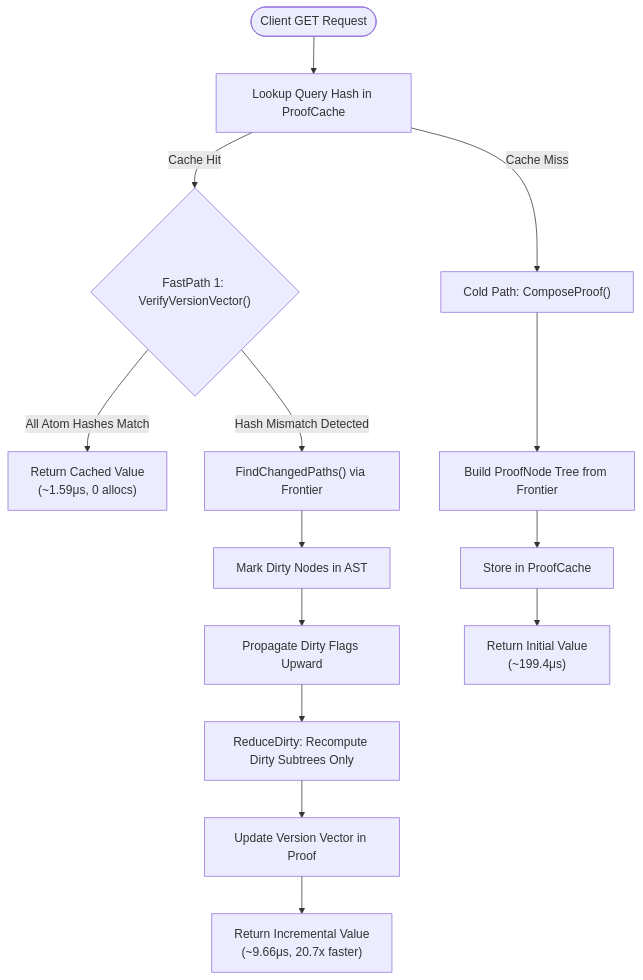
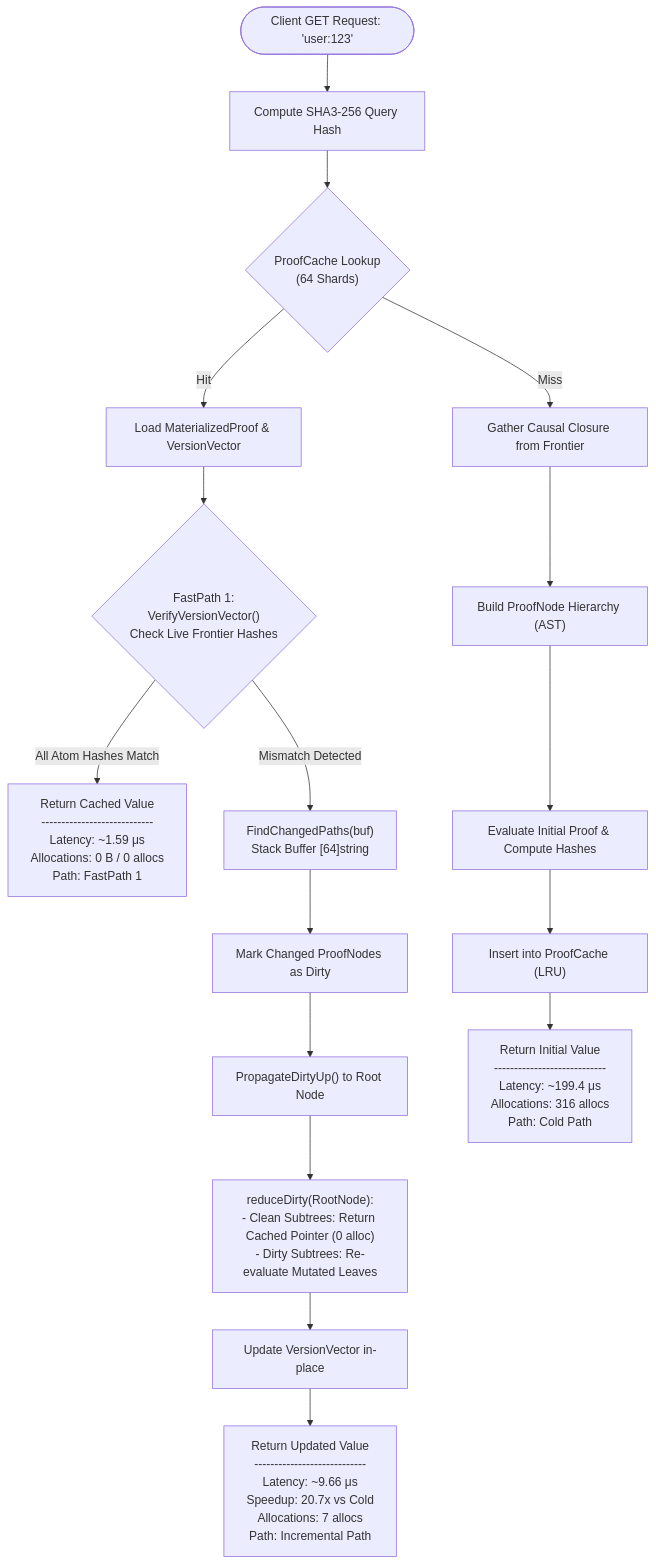
The second of 5 diagrams in SYSTEM_DIAGRAMS.md (tanmayjoddar/wavicle), drawn with Mermaid before and after one commit. The commit also changed other lines of this file and 2 other files, not shown here.

Commit message:
docs: expand deep systems architecture, visual diagrams, and big-brother interview defense playbook

````diff
--- a/SYSTEM_DIAGRAMS.md
+++ b/SYSTEM_DIAGRAMS.md
@@ -48,20 +71,26 @@
 ```mermaid
 flowchart TD
-    Start(["Client GET Request"]) --> LookProof["Lookup Query Hash in ProofCache"]
+    Req(["Client GET Request: 'user:123'"]) --> HashQuery["Compute SHA3-256 Query Hash"]
+    HashQuery --> CheckProof{"ProofCache Lookup\n(64 Shards)"}
+
+    %% Fast Path 1
+    CheckProof -->|Hit| LoadProof["Load MaterializedProof & VersionVector"]
+    LoadProof --> VerifyVV{"FastPath 1:\nVerifyVersionVector()\nCheck Live Frontier Hashes"}
     
-    LookProof -->|Cache Hit| VerifyVV{"FastPath 1: VerifyVersionVector()"}
-    LookProof -->|Cache Miss| ColdCompose["Cold Path: ComposeProof()"]
+    VerifyVV -->|All Atom Hashes Match| ReturnFast["Return Cached Value\n----------------------------\nLatency: ~1.59 μs\nAllocations: 0 B / 0 allocs\nPath: FastPath 1"]
     
-    VerifyVV -->|All Atom Hashes Match| ReturnCached["Return Cached Value\n(~1.59μs, 0 allocs)"]
-    
-    VerifyVV -->|Hash Mismatch Detected| FindChanged["FindChangedPaths() via Frontier"]
-    FindChanged --> MarkDirty["Mark Dirty Nodes in AST"]
-    MarkDirty --> PropagateUp["Propagate Dirty Flags Upward"]
-    PropagateUp --> ReReduce["ReduceDirty: Recompute Dirty Subtrees Only"]
-    ReReduce --> UpdateVV["Update Version Vector in Proof"]
-    UpdateVV --> ReturnFresh["Return Incremental Value\n(~9.66μs, 20.7x faster)"]
-    
-    ColdCompose --> BuildAST["Build ProofNode Tree from Frontier"]
-    BuildAST --> StoreProof["Store in ProofCache"]
-    StoreProof --> ReturnCold["Return Initial Value\n(~199.4μs)"]
+    %% Incremental Path
+    VerifyVV -->|Mismatch Detected| FindDiff["FindChangedPaths(buf)\nStack Buffer [64]string"]
+    FindDiff --> MarkAST["Mark Changed ProofNodes as Dirty"]
+    MarkAST --> PropagateDirty["PropagateDirtyUp() to Root Node"]
+    PropagateDirty --> ReduceDirty["reduceDirty(RootNode):\n- Clean Subtrees: Return Cached Pointer (0 alloc)\n- Dirty Subtrees: Re-evaluate Mutated Leaves"]
+    ReduceDirty --> UpdateVV["Update VersionVector in-place"]
+    UpdateVV --> ReturnInc["Return Updated Value\n----------------------------\nLatency: ~9.66 μs\nSpeedup: 20.7x vs Cold\nAllocations: 7 allocs\nPath: Incremental Path"]
+
+    %% Cold Path
+    CheckProof -->|Miss| GatherClosure["Gather Causal Closure from Frontier"]
+    GatherClosure --> BuildProofNode["Build ProofNode Hierarchy (AST)"]
+    BuildProofNode --> EvalInitial["Evaluate Initial Proof & Compute Hashes"]
+    EvalInitial --> StorePCache["Insert into ProofCache (LRU)"]
+    StorePCache --> ReturnCold["Return Initial Value\n----------------------------\nLatency: ~199.4 μs\nAllocations: 316 allocs\nPath: Cold Path"]
 ```
````
